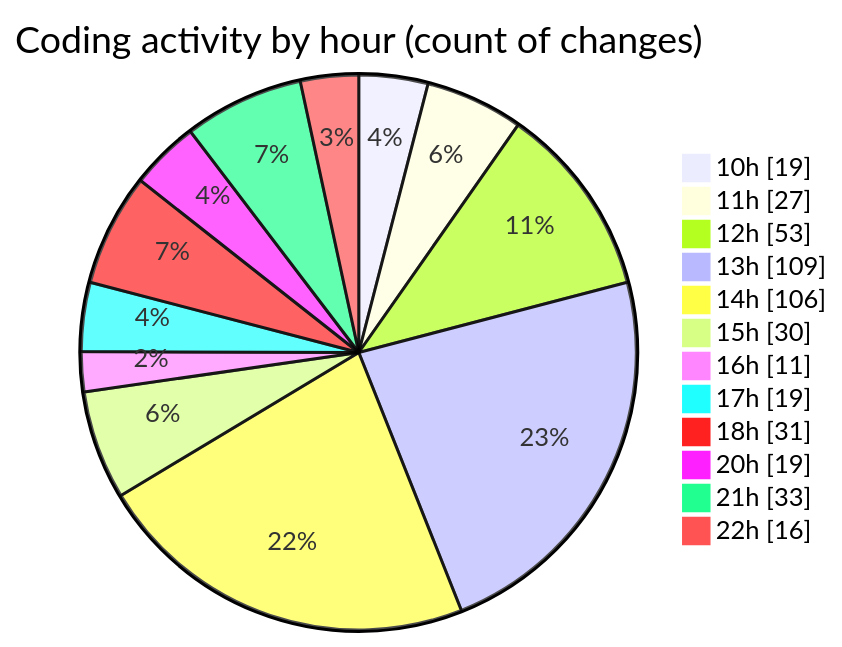
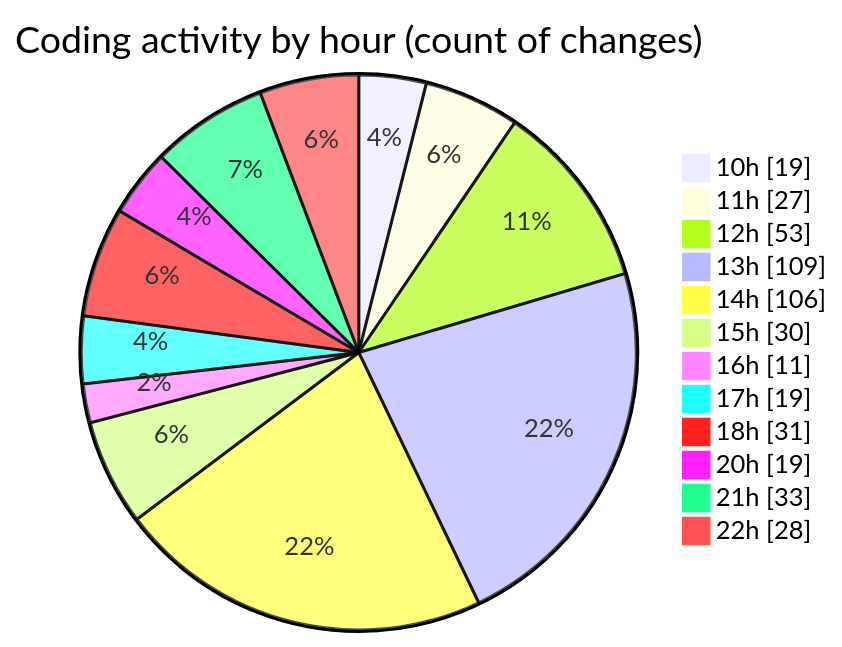
The second of 2 diagrams in 2025-03-18/cda/README.md (momahboobian/code-tracking), drawn with Mermaid before and after one commit. The commit also changed other lines of this file and 1 other file, not shown here.

````diff
--- a/2025-03-18/cda/README.md
+++ b/2025-03-18/cda/README.md
@@ -44,16 +44,16 @@
 ```mermaid
 pie showData
 title Coding activity by hour (count of changes)
 "10h" : 19
 "11h" : 27
 "12h" : 53
 "13h" : 109
 "14h" : 106
 "15h" : 30
 "16h" : 11
 "17h" : 19
 "18h" : 31
 "20h" : 19
 "21h" : 33
-"22h" : 16
+"22h" : 28
 ```
````
